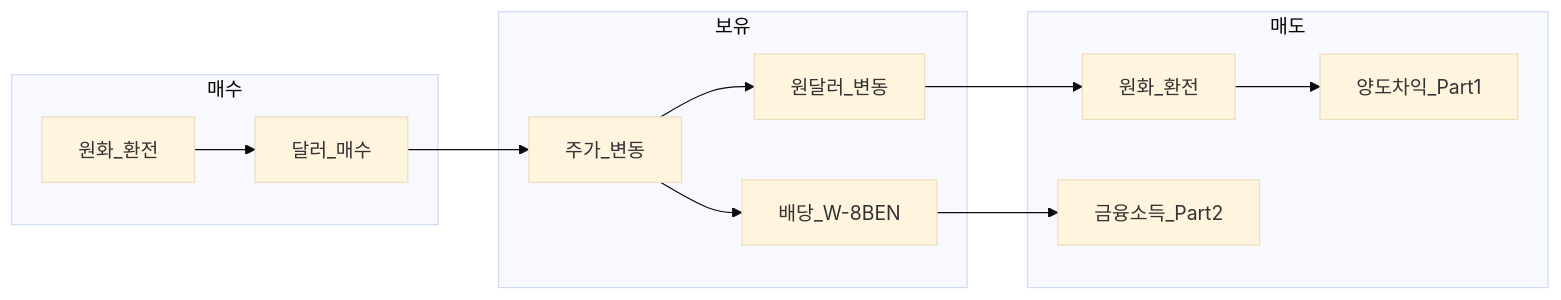
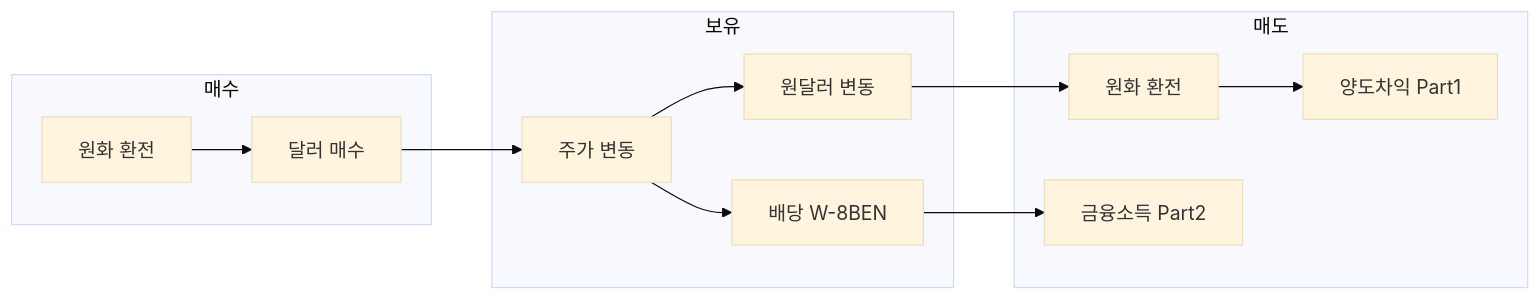
Before and after one commit to goldanghenry/Finances: the second of 5 diagrams in 03-markets/overseas-tax-fx-hedging.md, drawn with Mermaid (base theme). The commit also changed other lines of this file and 211 other files, not shown here.

````diff
--- a/03-markets/overseas-tax-fx-hedging.md
+++ b/03-markets/overseas-tax-fx-hedging.md
@@ -155,16 +161,16 @@
 ```mermaid
 flowchart LR
   subgraph buy [매수]
-    KRW1[원화_환전] --> USD1[달러_매수]
+    KRW1["원화 환전"] --> USD1["달러 매수"]
   end
   subgraph hold [보유]
-    USD1 --> Price[주가_변동]
-    Price --> FX[원달러_변동]
-    Price --> Div2[배당_W-8BEN]
+    USD1 --> Price["주가 변동"]
+    Price --> FX["원달러 변동"]
+    Price --> Div2["배당 W-8BEN"]
   end
   subgraph sell [매도]
-    FX --> KRW2[원화_환전]
-    KRW2 --> CGT[양도차익_Part1]
-    Div2 --> FIT[금융소득_Part2]
+    FX --> KRW2["원화 환전"]
+    KRW2 --> CGT["양도차익 Part1"]
+    Div2 --> FIT["금융소득 Part2"]
   end
 ```
````
